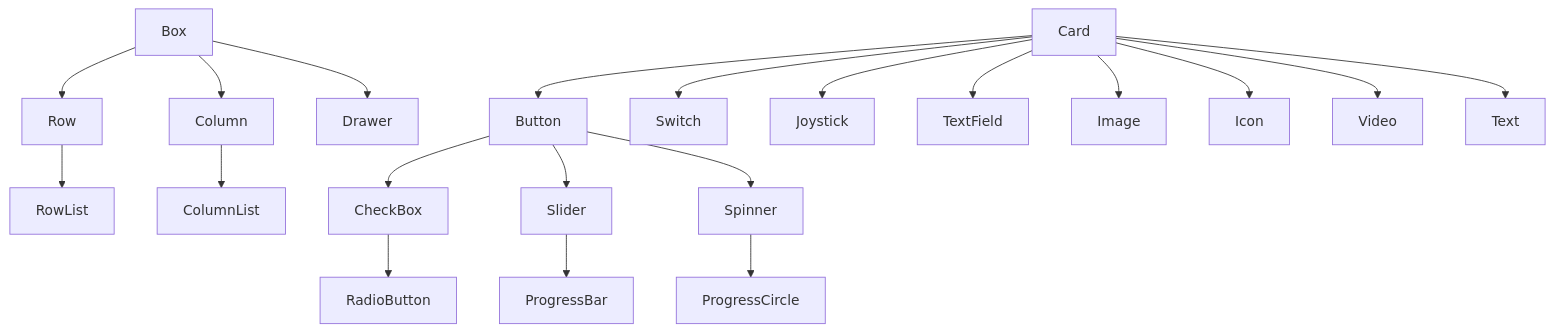
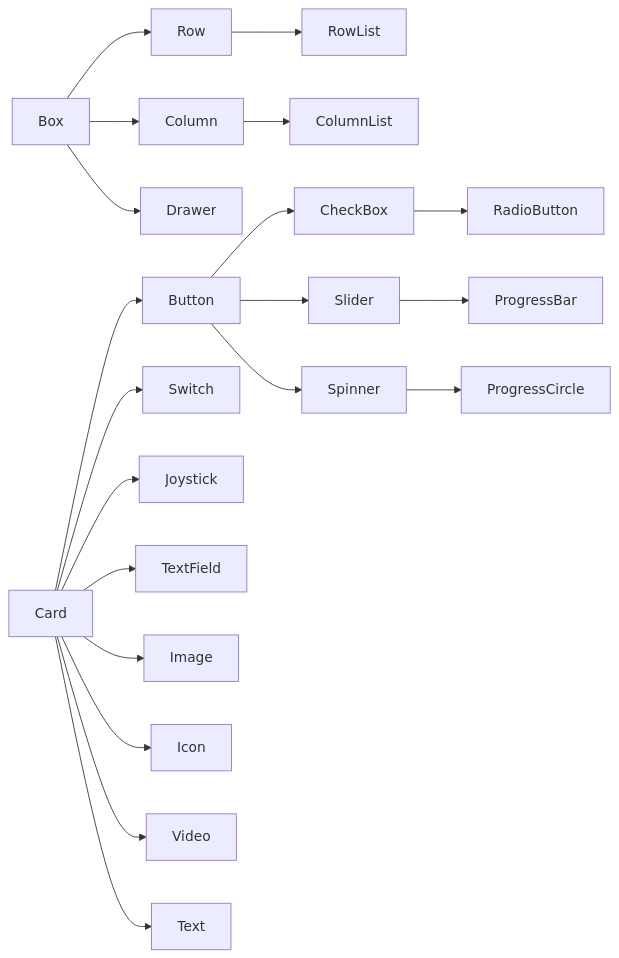
One commit to samthedev32/EngineToolkit changed the diagram in include/EngineToolkit/UI/README.md. Above: the diagram before and after it, drawn with Mermaid.

````diff
--- a/include/EngineToolkit/UI/README.md
+++ b/include/EngineToolkit/UI/README.md
@@ -1,28 +1,29 @@
 ```mermaid
-graph TD;
-    Box-->Row;
-    Box-->Column;
+graph LR;
+%% Container Types
+    Box --> Row;
+    Box --> Column;
+    Box --> Drawer;
 
     Row-->RowList;
     Column-->ColumnList;
 
-    Box-->Drawer;
-
+%% Visual Types
     Card-->Button;
     Card-->Switch;
     Card-->Joystick;
     Button-->CheckBox;
     CheckBox-->RadioButton;
     Card-->TextField;
 
     Button-->Slider;
     Button-->Spinner;
 
     Card-->Image;
     Card-->Icon;
     Card-->Video;
     Card-->Text;
 
     Slider-->ProgressBar;
     Spinner-->ProgressCircle;
 ```
````
